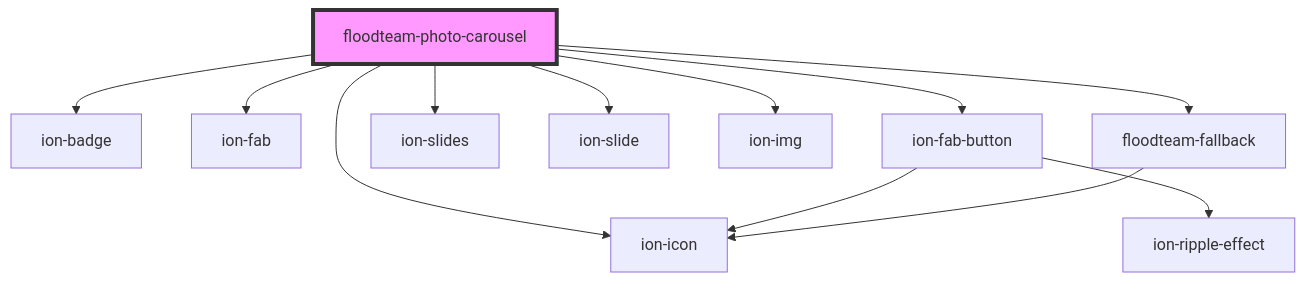
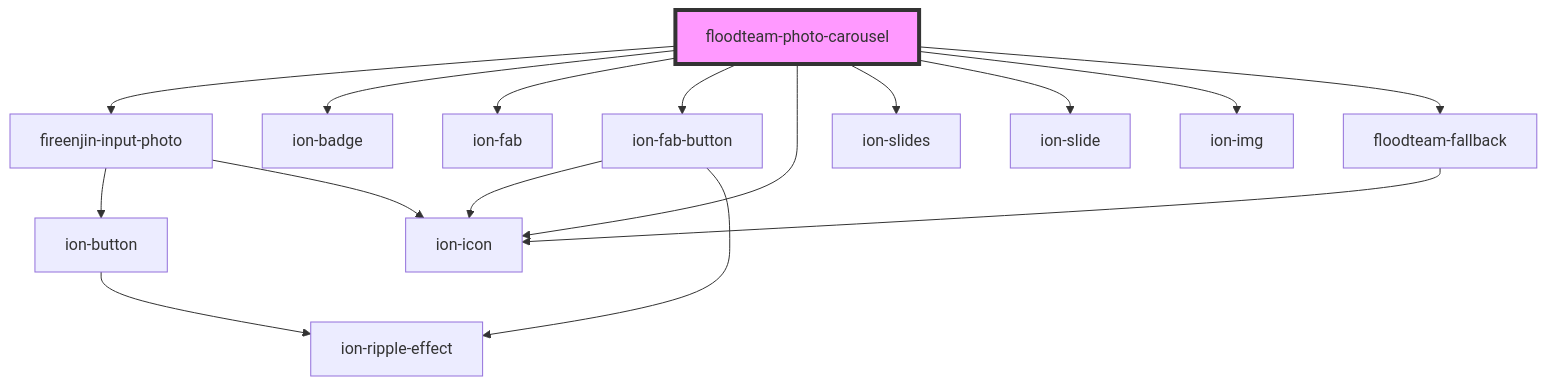
The diagram in src/components/photo-carousel/readme.md (FloodTeam/components), drawn with Mermaid before and after one commit. The commit also changed other lines of this file and 8 other files, not shown here.

````diff
--- a/src/components/photo-carousel/readme.md
+++ b/src/components/photo-carousel/readme.md
@@ -97,15 +98,19 @@
 ```mermaid
 graph TD;
+  floodteam-photo-carousel --> fireenjin-input-photo
   floodteam-photo-carousel --> ion-badge
   floodteam-photo-carousel --> ion-fab
   floodteam-photo-carousel --> ion-fab-button
   floodteam-photo-carousel --> ion-icon
   floodteam-photo-carousel --> ion-slides
   floodteam-photo-carousel --> ion-slide
   floodteam-photo-carousel --> ion-img
   floodteam-photo-carousel --> floodteam-fallback
+  fireenjin-input-photo --> ion-button
+  fireenjin-input-photo --> ion-icon
+  ion-button --> ion-ripple-effect
   ion-fab-button --> ion-icon
   ion-fab-button --> ion-ripple-effect
   floodteam-fallback --> ion-icon
   style floodteam-photo-carousel fill:#f9f,stroke:#333,stroke-width:4px
 ```
````
